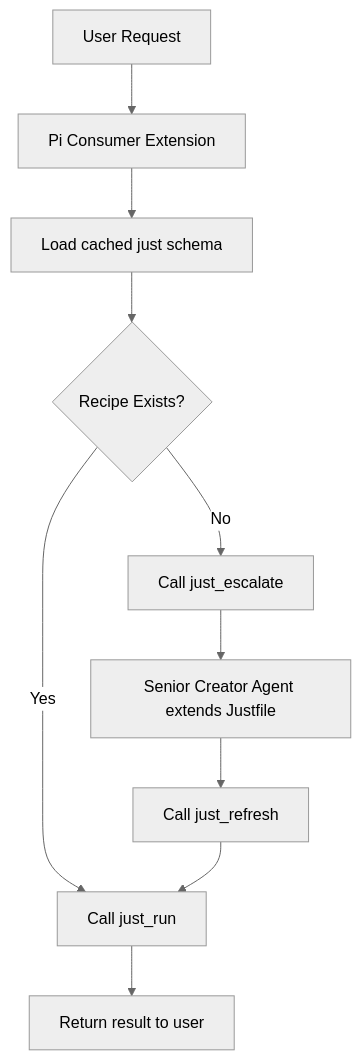
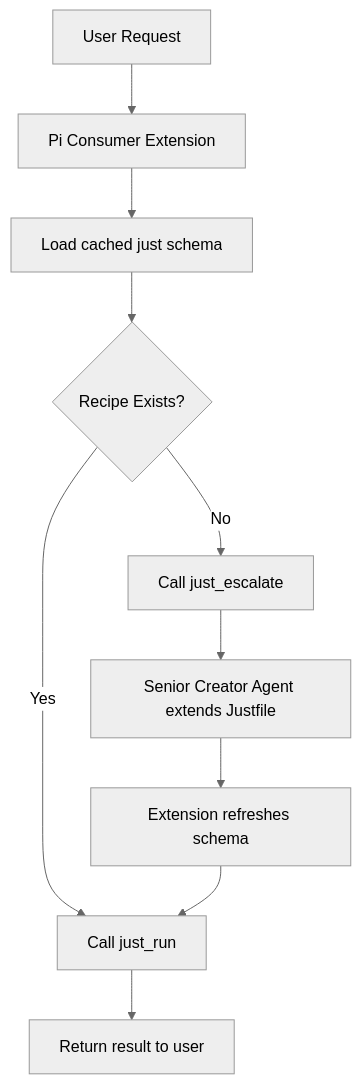
The diagram in docs/annexes/consumer_agent.md (earchibald/just-for-agents), drawn with Mermaid (neutral theme) before and after one commit. The commit also changed other lines of this file and 13 other files, not shown here.

````diff
--- a/docs/annexes/consumer_agent.md
+++ b/docs/annexes/consumer_agent.md
@@ -337,12 +351,12 @@
 ```mermaid
 flowchart TD
     A[User Request] --> B[Pi Consumer Extension]
     B --> C[Load cached just schema]
     C --> D{Recipe Exists?}
     D -- Yes --> E[Call just_run]
     E --> F[Return result to user]
     D -- No --> G[Call just_escalate]
     G --> H[Senior Creator Agent extends Justfile]
-    H --> I[Call just_refresh]
+    H --> I[Extension refreshes schema]
     I --> E
 ```
````
